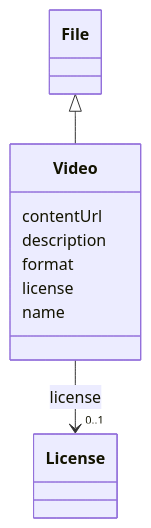
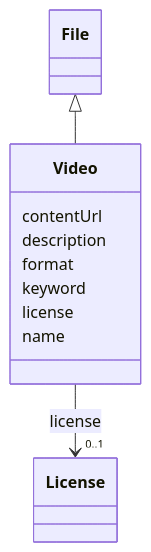
Before and after one commit to EVORA-project/evora-ontology: the diagram in models/docs/Video.md, drawn with Mermaid. The commit also changed other lines of this file and 402 other files, not shown here.

````diff
--- a/models/docs/Video.md
+++ b/models/docs/Video.md
@@ -19,26 +19,28 @@
 ```mermaid
  classDiagram
     class Video
     click Video href "../Video"
       File <|-- Video
         click File href "../File"
       
       Video : contentUrl
         
       Video : description
         
       Video : format
+        
+      Video : keyword
         
       Video : license
         
           
     
     
     Video --> "0..1" License : license
     click License href "../License"
 
         
       Video : name
         
       
 ```
````
